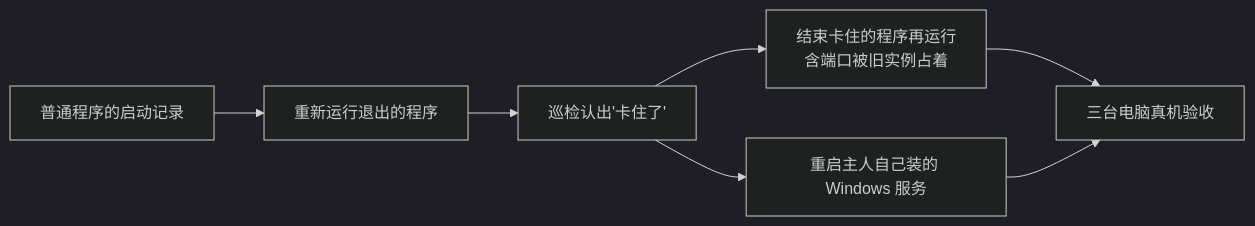
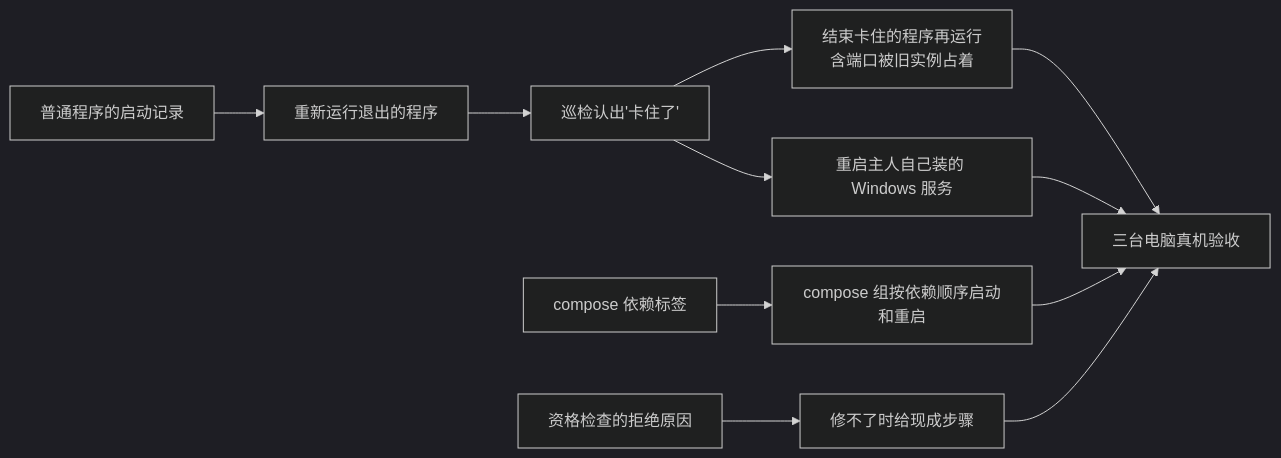
One commit to Sugarfarmeriod/TunnelMinion changed the diagram in docs/design/more-repair-kinds.md. Above: the diagram before and after it, drawn with Mermaid (dark theme). The commit also changed other lines of this file, not shown here.

Commit message:
docs: 修法方案加入 compose 依赖顺序和修不了时给现成步骤

````diff
--- a/docs/design/more-repair-kinds.md
+++ b/docs/design/more-repair-kinds.md
@@ -136,9 +162,12 @@
 ```mermaid
 flowchart LR
     A["普通程序的启动记录"] --> B["重新运行退出的程序"]
     B --> C["巡检认出'卡住了'"]
     C --> D["结束卡住的程序再运行<br/>含端口被旧实例占着"]
     C --> W["重启主人自己装的 Windows 服务"]
+    G["compose 依赖标签"] --> H["compose 组按依赖顺序启动和重启"]
     D --> E["三台电脑真机验收"]
     W --> E
+    H --> E
+    R["资格检查的拒绝原因"] --> S["修不了时给现成步骤"] --> E
 ```
````
